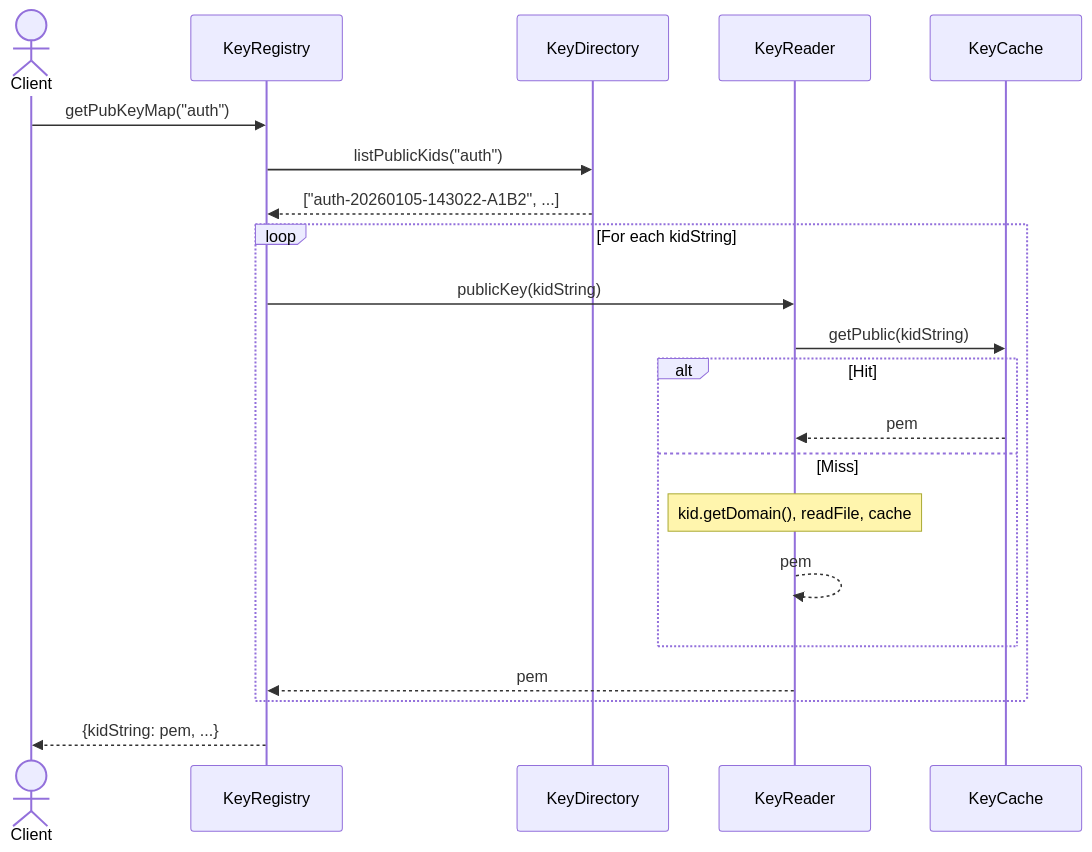
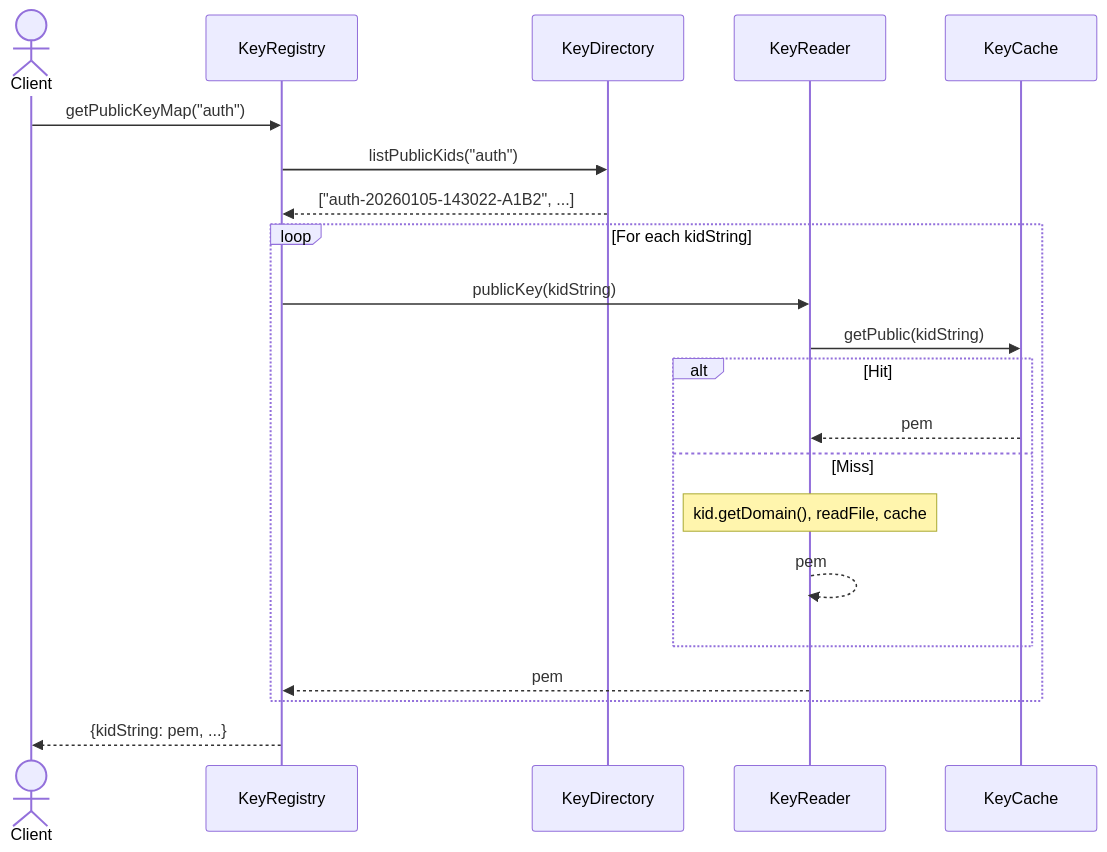
One commit to itsGurdevSingh/vault changed the fifth of 7 diagrams in docs/generated/domain/key-manager/loader/structure.md. Above: the diagram before and after it, drawn with Mermaid. The commit also changed other lines of this file and 17 other files, not shown here.

````diff
--- a/docs/generated/domain/key-manager/loader/structure.md
+++ b/docs/generated/domain/key-manager/loader/structure.md
@@ -416,27 +416,27 @@
 ```mermaid
 sequenceDiagram
     actor Client
     participant Registry as KeyRegistry
     participant Directory as KeyDirectory
     participant Reader as KeyReader
     participant Cache as KeyCache
 
-    Client->>Registry: getPubKeyMap("auth")
+    Client->>Registry: getPublicKeyMap("auth")
 
     Registry->>Directory: listPublicKids("auth")
     Directory-->>Registry: ["auth-20260105-143022-A1B2", ...]
 
     loop For each kidString
         Registry->>Reader: publicKey(kidString)
         Reader->>Cache: getPublic(kidString)
         alt Hit
             Cache-->>Reader: pem
         else Miss
             Note over Reader: kid.getDomain(), readFile, cache
             Reader-->>Reader: pem
         end
         Reader-->>Registry: pem
     end
 
     Registry-->>Client: {kidString: pem, ...}
 ```
````
